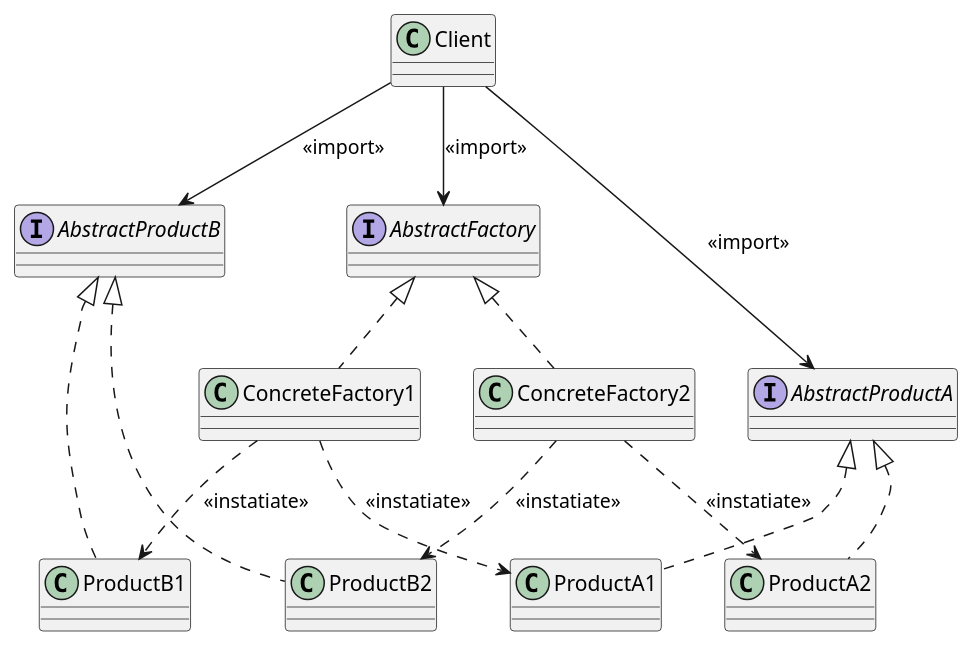
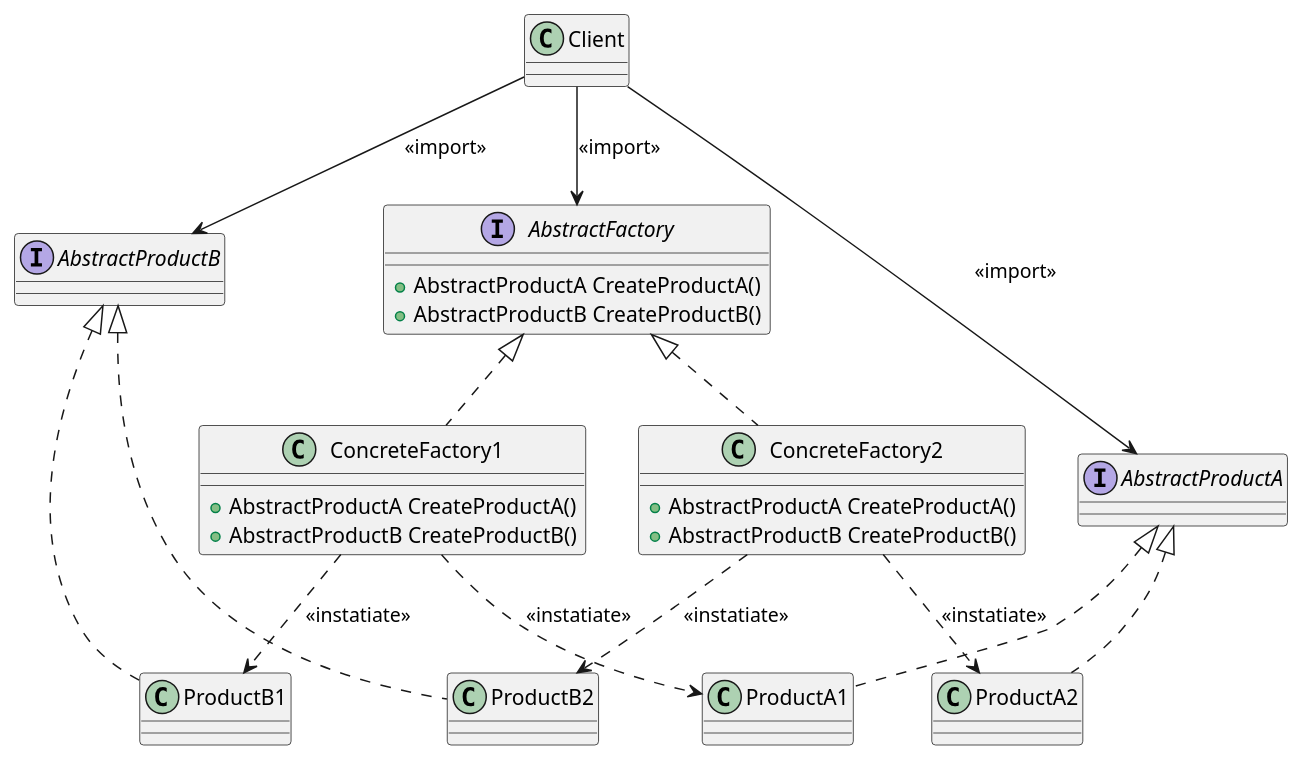
Before and after one commit to 42jerrykim/Reevid.github.io: the diagram in articles/_designpattern/abstract_factory.plantuml, drawn with PlantUML.

```diff
--- a/articles/_designpattern/abstract_factory.plantuml
+++ b/articles/_designpattern/abstract_factory.plantuml
@@ -1,24 +1,37 @@
 @startuml
-interface AbstractFactory
+interface AbstractFactory {
++AbstractProductA CreateProductA()
++AbstractProductB CreateProductB()
+}
 interface AbstractProductA
 interface AbstractProductB
+
+class ConcreteFactory1 {
++AbstractProductA CreateProductA()
++AbstractProductB CreateProductB()
+}
+
+class ConcreteFactory2 {
++AbstractProductA CreateProductA()
++AbstractProductB CreateProductB()
+}
 
 Client --> AbstractFactory: <<import>>
 Client --> AbstractProductA: <<import>>
 Client --> AbstractProductB: <<import>>
 
 ConcreteFactory1 .up.|> AbstractFactory
 ConcreteFactory2 .up.|> AbstractFactory
 
 ProductA1 .up.|> AbstractProductA
 ProductA2 .up.|> AbstractProductA
 
 ProductB1 .up.|> AbstractProductB
 ProductB2 .up.|> AbstractProductB
 
 ConcreteFactory1  ..> ProductA1 : <<instatiate>>
 ConcreteFactory1  ..> ProductB1 : <<instatiate>>
 
 ConcreteFactory2  ..> ProductA2 : <<instatiate>>
 ConcreteFactory2  ..> ProductB2 : <<instatiate>>
 @enduml
```
